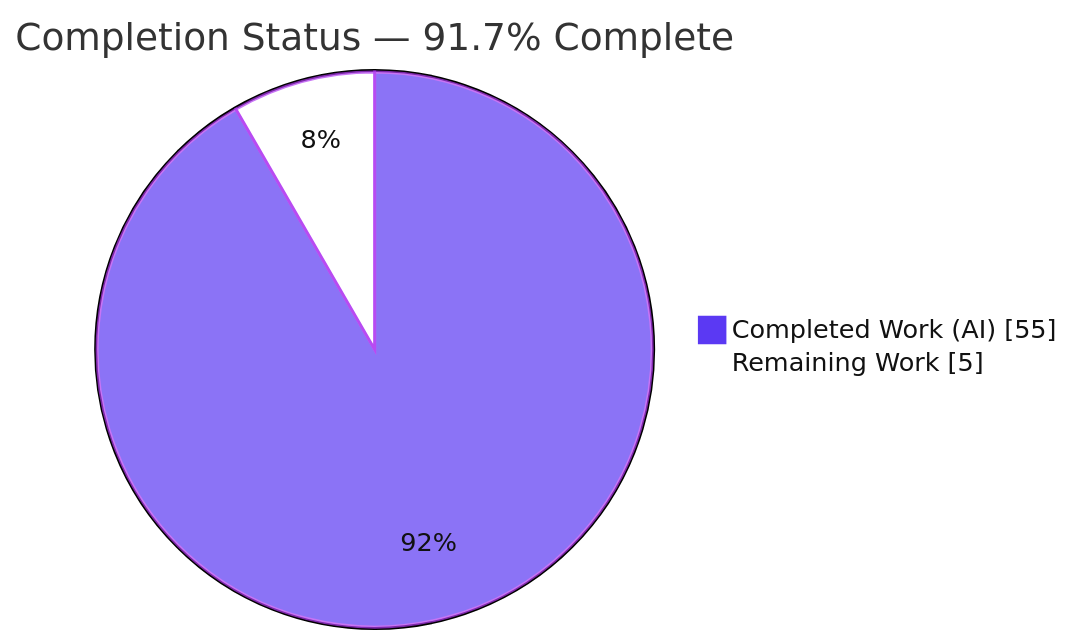
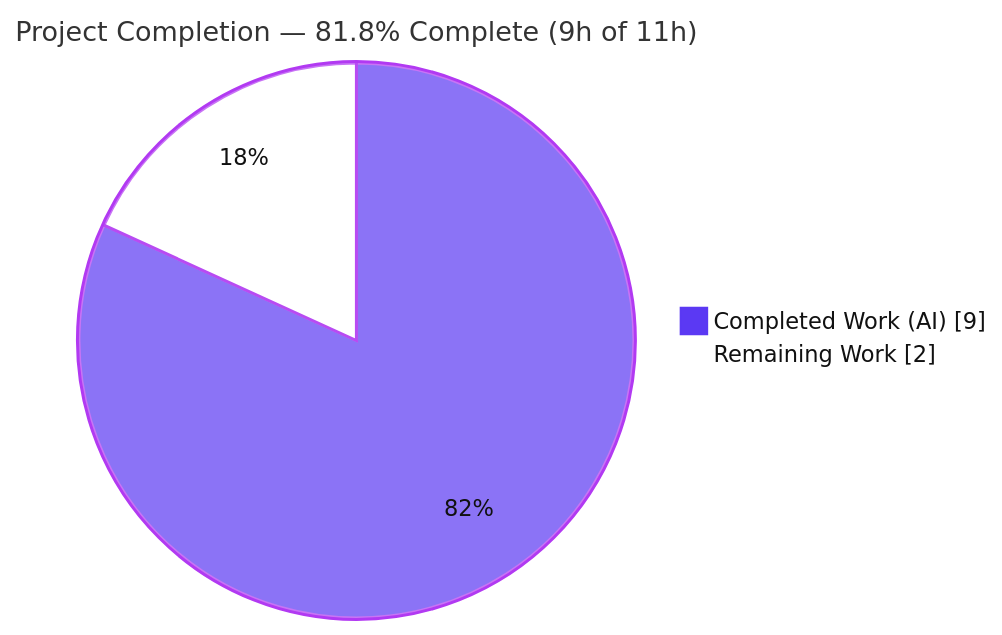
Before and after one commit to lakshya-blitzy/Test_Case_4_Nested_Submodule_Donot_use_main: the first of 3 diagrams in blitzy/documentation/Project Guide.md, drawn with Mermaid. The commit also changed other lines of this file, not shown here.

Commit message:
Adding Blitzy Project Guide: Project Status and Human Tasks Remaining

````diff
--- a/blitzy/documentation/Project Guide.md
+++ b/blitzy/documentation/Project Guide.md
@@ -15,7 +16,7 @@
 ```mermaid
-%%{init: {"theme":"base","themeVariables":{"pie1":"#5B39F3","pie2":"#FFFFFF","pieStrokeColor":"#B23AF2","pieStrokeWidth":"2px","pieOuterStrokeWidth":"2px","pieSectionTextColor":"#111111","pieLegendTextColor":"#111111"}}}%%
+%%{init: {'theme':'base','themeVariables':{'pie1':'#5B39F3','pie2':'#FFFFFF','pieStrokeColor':'#B23AF2','pieStrokeWidth':'2px','pieOuterStrokeColor':'#B23AF2','pieOuterStrokeWidth':'2px','pieTitleTextSize':'18px','pieSectionTextSize':'15px','pieLegendTextSize':'15px','pieSectionTextColor':'#111111','pieLegendTextColor':'#111111'}}}%%
 pie showData
-    title Completion Status — 91.7% Complete
-    "Completed Work (AI)" : 55
-    "Remaining Work" : 5
+    title Project Completion — 81.8% Complete (9h of 11h)
+    "Completed Work (AI)" : 9
+    "Remaining Work" : 2
 ```
````
